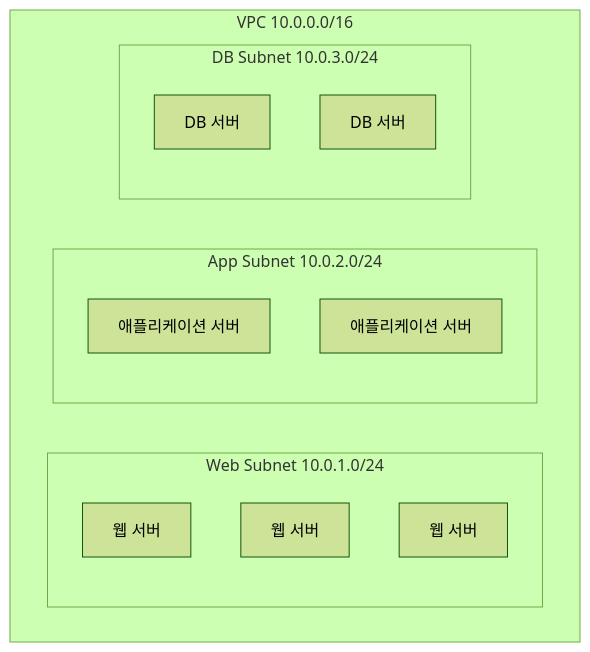
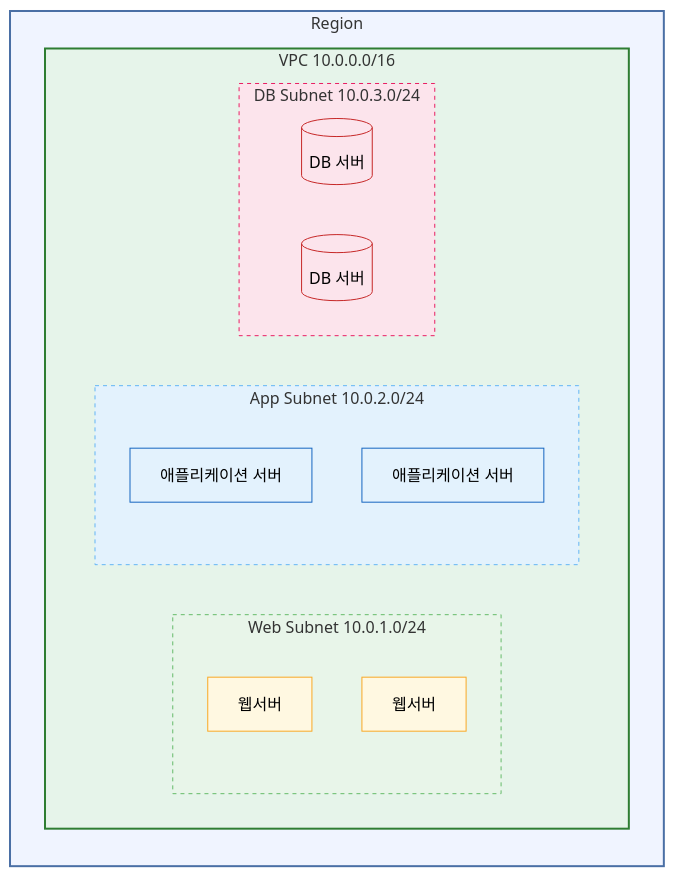
The second of 3 diagrams in AWS로 이해하는 클라우드 컴퓨팅 기초/17장. 서브넷 (Subnet).md (i31pc17/bitbook), drawn with Mermaid (forest theme) before and after one commit. The commit also changed other lines of this file and 3 other files, not shown here.

Commit message:
구조도 개선

````diff
--- a/AWS로 이해하는 클라우드 컴퓨팅 기초/17장. 서브넷 (Subnet).md
+++ b/AWS로 이해하는 클라우드 컴퓨팅 기초/17장. 서브넷 (Subnet).md
@@ -112,21 +112,31 @@
 ```mermaid
-flowchart TB
-    subgraph VPC 10.0.0.0/16
-        subgraph Web Subnet 10.0.1.0/24
-            Web1[웹 서버]
-            Web2[웹 서버]
-            Web3[웹 서버]
+flowchart LR
+    subgraph Region["Region"]
+        subgraph VPC["VPC  10.0.0.0/16"]
+            subgraph WebSubnet["Web Subnet  10.0.1.0/24"]
+                Web1["웹서버"]
+                Web2["웹서버"]
+            end
+            subgraph AppSubnet["App Subnet  10.0.2.0/24"]
+                App1["애플리케이션 서버"]
+                App2["애플리케이션 서버"]
+            end
+            subgraph DBSubnet["DB Subnet  10.0.3.0/24"]
+                DB1[("DB 서버")]
+                DB2[("DB 서버")]
+            end
         end
+    end
 
-        subgraph App Subnet 10.0.2.0/24
-            App1[애플리케이션 서버]
-            App2[애플리케이션 서버]
-        end
-
-        subgraph DB Subnet 10.0.3.0/24
-            DB1[DB 서버]
-            DB2[DB 서버]
-        end
-
-    end
+    style Region fill:#f0f4ff,stroke:#4a6fa5,stroke-width:2px
+    style VPC fill:#e6f4ea,stroke:#2e7d32,stroke-width:2px
+    style WebSubnet fill:#e8f5e9,stroke:#66bb6a,stroke-width:1px,stroke-dasharray:4
+    style AppSubnet fill:#e3f2fd,stroke:#64b5f6,stroke-width:1px,stroke-dasharray:4
+    style DBSubnet fill:#fce4ec,stroke:#e91e63,stroke-width:1px,stroke-dasharray:4
+    style Web1 fill:#fff8e1,stroke:#f9a825,stroke-width:1px
+    style Web2 fill:#fff8e1,stroke:#f9a825,stroke-width:1px
+    style App1 fill:#e3f2fd,stroke:#1565c0,stroke-width:1px
+    style App2 fill:#e3f2fd,stroke:#1565c0,stroke-width:1px
+    style DB1 fill:#fce4ec,stroke:#c62828,stroke-width:1px
+    style DB2 fill:#fce4ec,stroke:#c62828,stroke-width:1px
 ```
````
